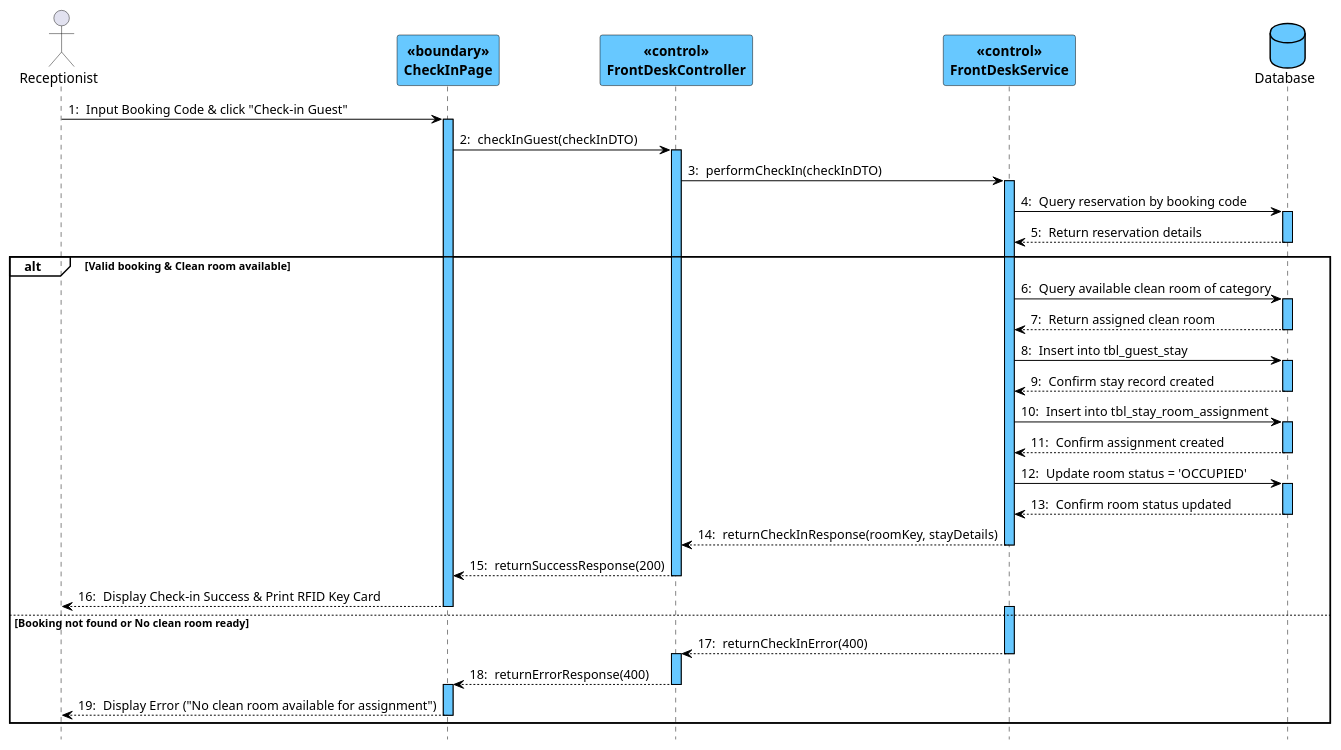
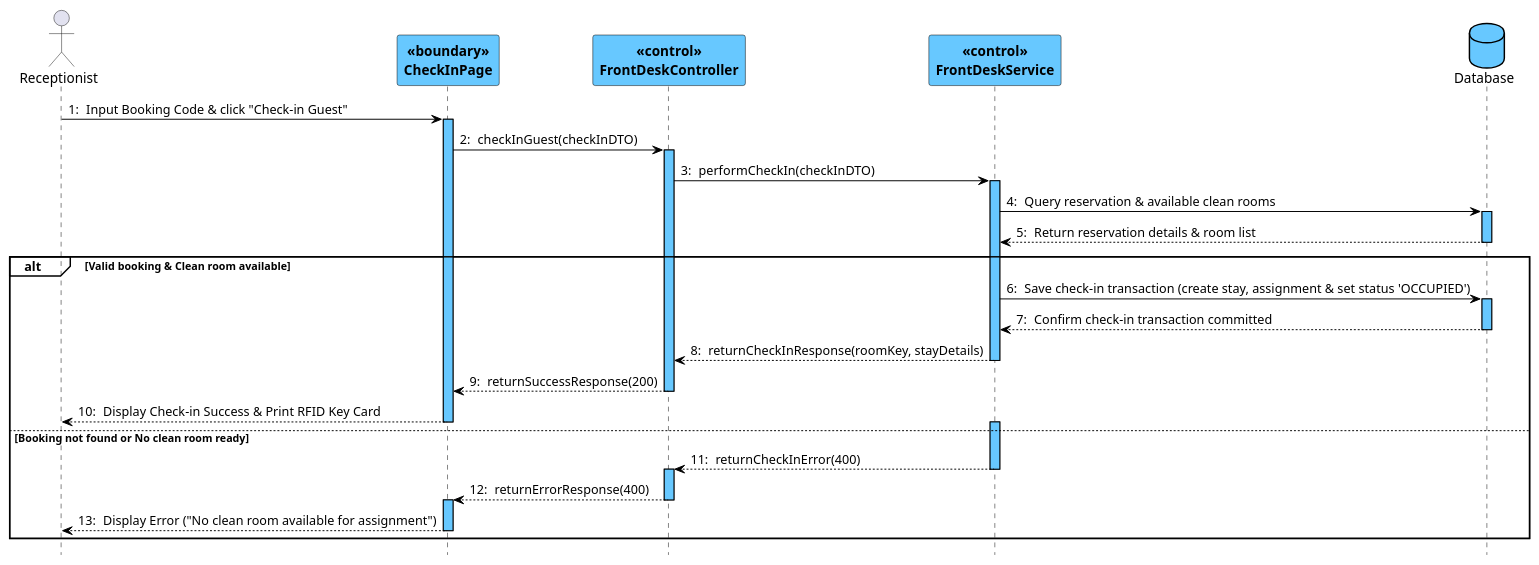
One commit to hieupeek/sba_doc changed the fifth of 7 diagrams in docs/Class + Sequence/Sequence Diagram(s) (PlantUML).md. Above: the diagram before and after it, drawn with PlantUML. The commit also changed other lines of this file and 8 other files, not shown here.

Commit message:
docs: streamline database interactions to transaction-level operations in sequence diagrams

```diff
--- a/docs/Class + Sequence/Sequence Diagram(s) (PlantUML).md
+++ b/docs/Class + Sequence/Sequence Diagram(s) (PlantUML).md
@@ -389,30 +379,15 @@
 FrontDeskController -> FrontDeskService : performCheckIn(checkInDTO)
 activate FrontDeskService
 
-FrontDeskService -> Database : Query reservation by booking code
+FrontDeskService -> Database : Query reservation & available clean rooms
 activate Database
-Database --> FrontDeskService : Return reservation details
+Database --> FrontDeskService : Return reservation details & room list
 deactivate Database
 
 alt Valid booking & Clean room available
-    FrontDeskService -> Database : Query available clean room of category
+    FrontDeskService -> Database : Save check-in transaction (create stay, assignment & set status 'OCCUPIED')
     activate Database
-    Database --> FrontDeskService : Return assigned clean room
-    deactivate Database
-
-    FrontDeskService -> Database : Insert into tbl_guest_stay
-    activate Database
-    Database --> FrontDeskService : Confirm stay record created
-    deactivate Database
-
-    FrontDeskService -> Database : Insert into tbl_stay_room_assignment
-    activate Database
-    Database --> FrontDeskService : Confirm assignment created
-    deactivate Database
-
-    FrontDeskService -> Database : Update room status = 'OCCUPIED'
-    activate Database
-    Database --> FrontDeskService : Confirm room status updated
+    Database --> FrontDeskService : Confirm check-in transaction committed
     deactivate Database
 
     FrontDeskService --> FrontDeskController : returnCheckInResponse(roomKey, stayDetails)
```
